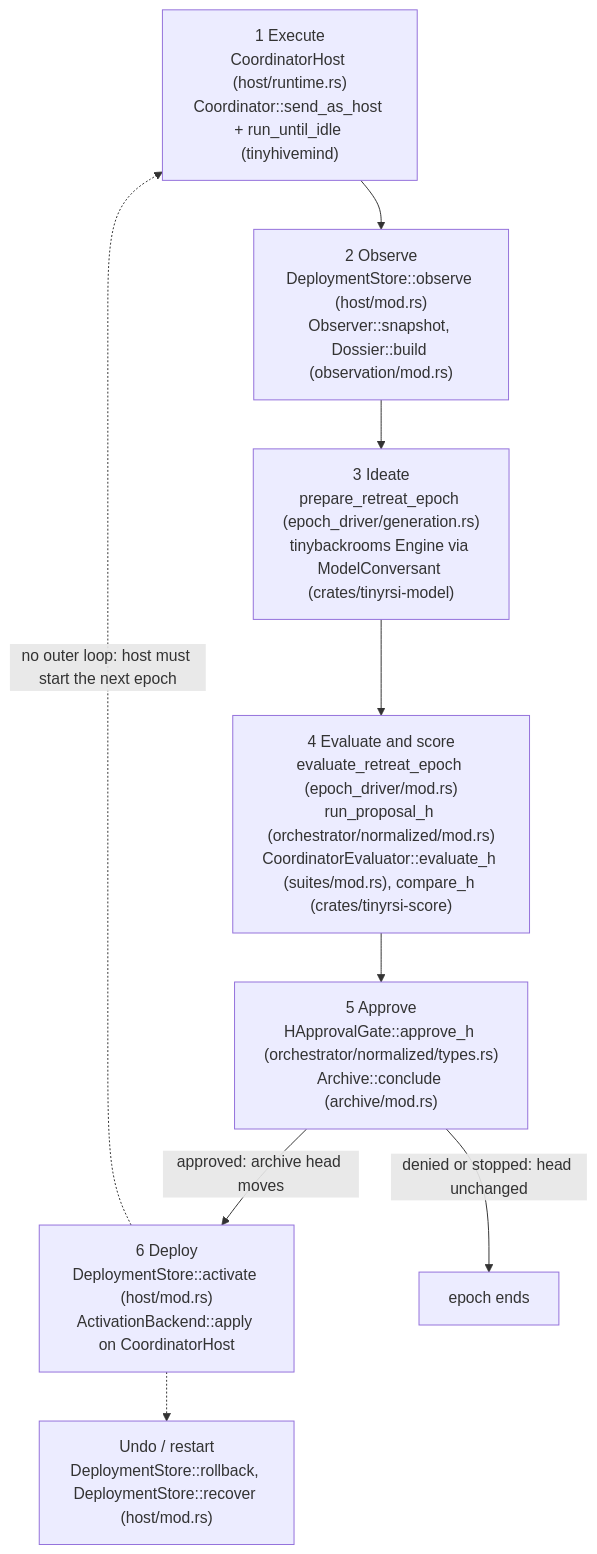
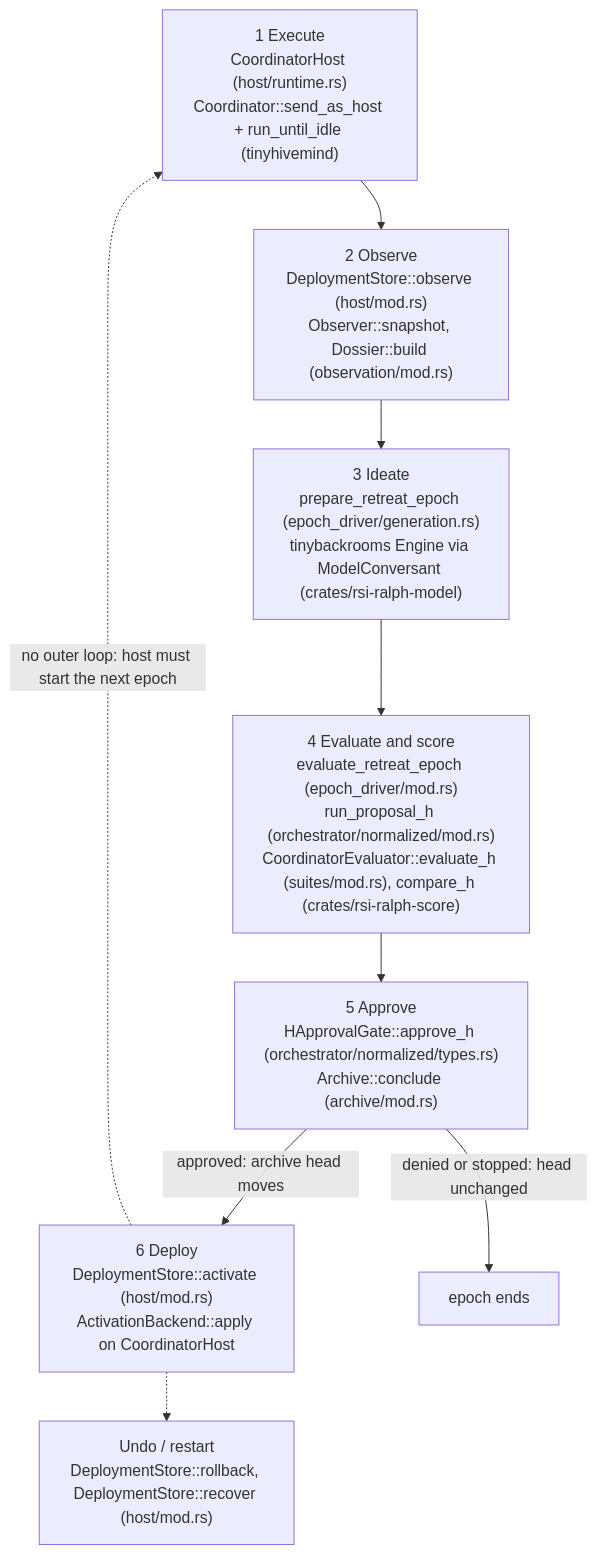
One commit to tinyhumansai/rsi-ralph changed the diagram in docs/architecture.md. Above: the diagram before and after it, drawn with Mermaid. The commit also changed other lines of this file and 550 other files, not shown here.

First line of the commit message:
chore: rename crates from tinyrsi-* to rsi-ralph-*

````diff
--- a/docs/architecture.md
+++ b/docs/architecture.md
@@ -27,15 +27,15 @@
 ```mermaid
 flowchart TD
     E["1 Execute<br/>CoordinatorHost (host/runtime.rs)<br/>Coordinator::send_as_host + run_until_idle (tinyhivemind)"]
     O["2 Observe<br/>DeploymentStore::observe (host/mod.rs)<br/>Observer::snapshot, Dossier::build (observation/mod.rs)"]
-    I["3 Ideate<br/>prepare_retreat_epoch (epoch_driver/generation.rs)<br/>tinybackrooms Engine via ModelConversant (crates/tinyrsi-model)"]
-    S["4 Evaluate and score<br/>evaluate_retreat_epoch (epoch_driver/mod.rs)<br/>run_proposal_h (orchestrator/normalized/mod.rs)<br/>CoordinatorEvaluator::evaluate_h (suites/mod.rs), compare_h (crates/tinyrsi-score)"]
+    I["3 Ideate<br/>prepare_retreat_epoch (epoch_driver/generation.rs)<br/>tinybackrooms Engine via ModelConversant (crates/rsi-ralph-model)"]
+    S["4 Evaluate and score<br/>evaluate_retreat_epoch (epoch_driver/mod.rs)<br/>run_proposal_h (orchestrator/normalized/mod.rs)<br/>CoordinatorEvaluator::evaluate_h (suites/mod.rs), compare_h (crates/rsi-ralph-score)"]
     A["5 Approve<br/>HApprovalGate::approve_h (orchestrator/normalized/types.rs)<br/>Archive::conclude (archive/mod.rs)"]
     D["6 Deploy<br/>DeploymentStore::activate (host/mod.rs)<br/>ActivationBackend::apply on CoordinatorHost"]
     R["Undo / restart<br/>DeploymentStore::rollback, DeploymentStore::recover (host/mod.rs)"]
     E --> O --> I --> S --> A
     A -- "approved: archive head moves" --> D
     A -- "denied or stopped: head unchanged" --> X["epoch ends"]
     D -.-> R
     D -. "no outer loop: host must start the next epoch" .-> E
 ```
````
